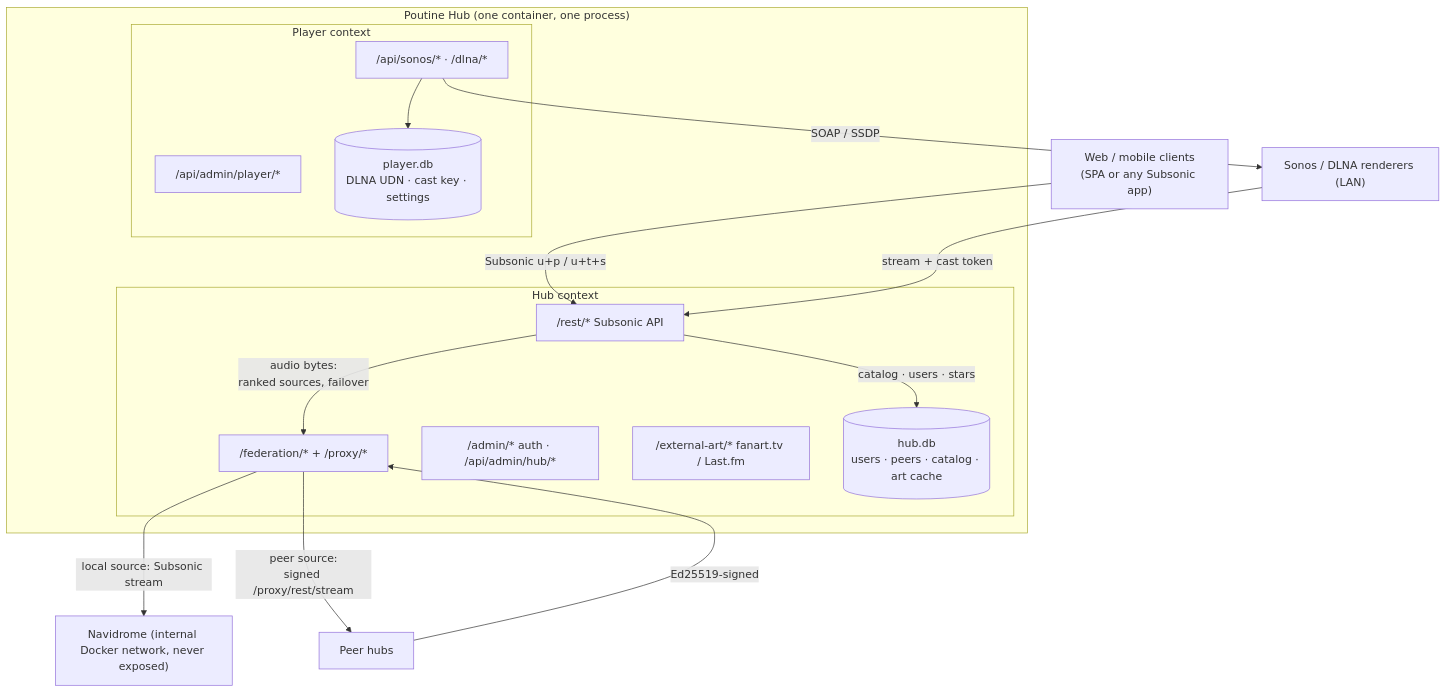
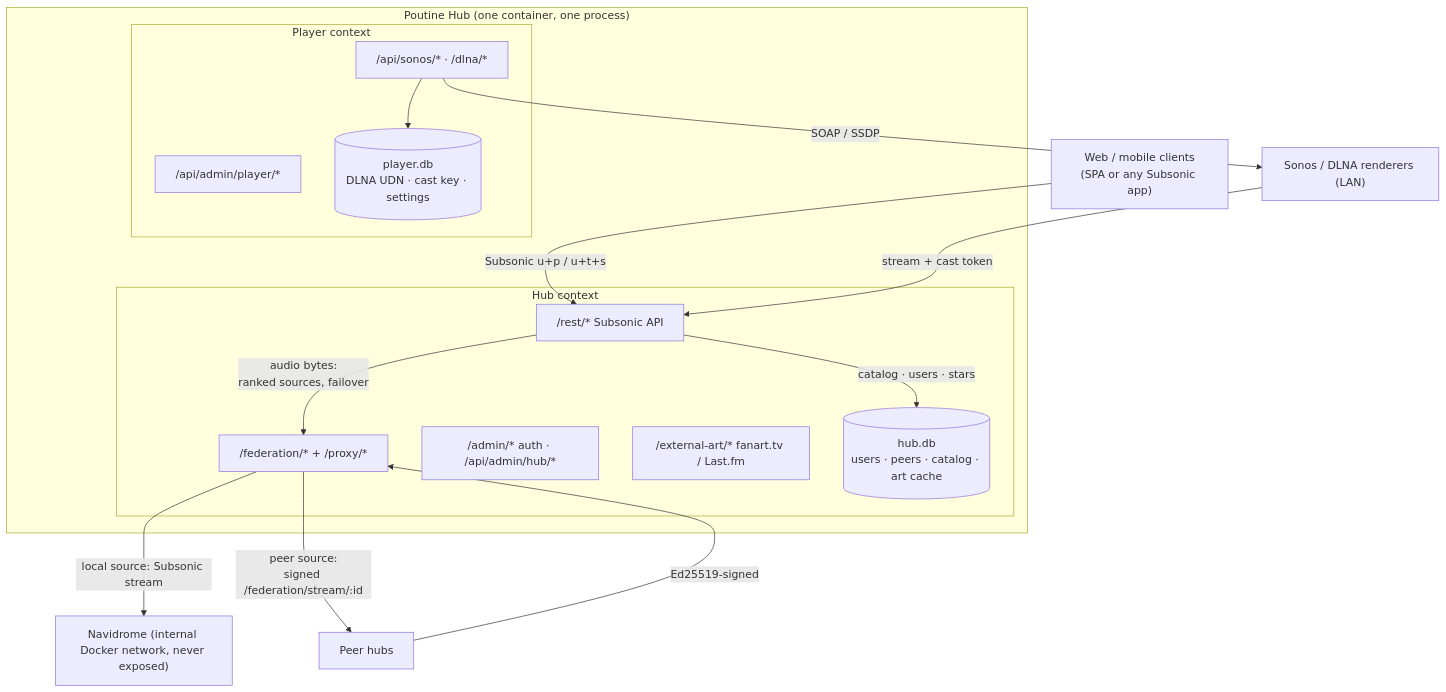
Before and after one commit to benders/poutine: the first of 2 diagrams in docs/system-architecture.md, drawn with Mermaid. The commit also changed other lines of this file and 5 other files, not shown here.

First line of the commit message:
docs: /proxy/* is peer-only with a read-only endpoint allowlist (#308)

````diff
--- a/docs/system-architecture.md
+++ b/docs/system-architecture.md
@@ -9,32 +9,32 @@
 ```mermaid
 flowchart TB
     clients["Web / mobile clients<br/>(SPA or any Subsonic app)"]
     peers["Peer hubs"]
     renderers["Sonos / DLNA renderers (LAN)"]
 
     subgraph container["Poutine Hub (one container, one process)"]
         subgraph hub["Hub context"]
             rest["/rest/* Subsonic API"]
             fed["/federation/* + /proxy/*"]
             hubadmin["/admin/* auth · /api/admin/hub/*"]
             art["/external-art/* fanart.tv / Last.fm"]
             hubdb[("hub.db<br/>users · peers · catalog · art cache")]
         end
         subgraph player["Player context"]
             sonos["/api/sonos/* · /dlna/*"]
             playeradmin["/api/admin/player/*"]
             playerdb[("player.db<br/>DLNA UDN · cast key · settings")]
         end
     end
     navidrome["Navidrome (internal Docker network, never exposed)"]
 
     clients -- "Subsonic u+p / u+t+s" --> rest
     peers -- "Ed25519-signed" --> fed
     renderers -- "stream + cast token" --> rest
     sonos -- "SOAP / SSDP" --> renderers
     rest -- "catalog · users · stars" --> hubdb
     sonos --> playerdb
     rest -- "audio bytes:<br/>ranked sources, failover" --> fed
     fed -- "local source: Subsonic stream" --> navidrome
-    fed -- "peer source:<br/>signed /proxy/rest/stream" --> peers
+    fed -- "peer source:<br/>signed /federation/stream/:id" --> peers
 ```
````
